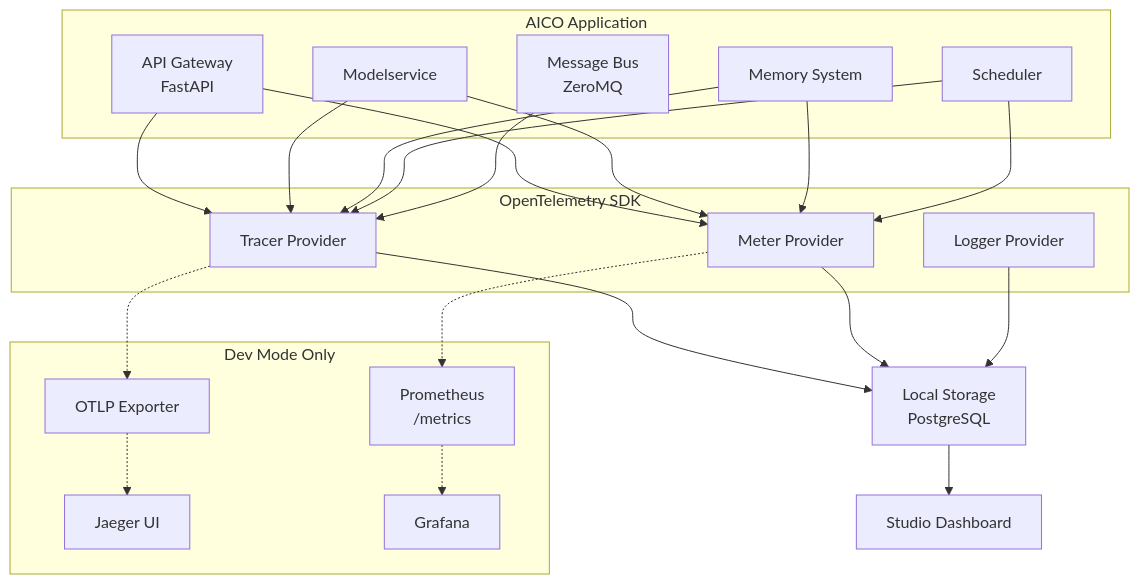
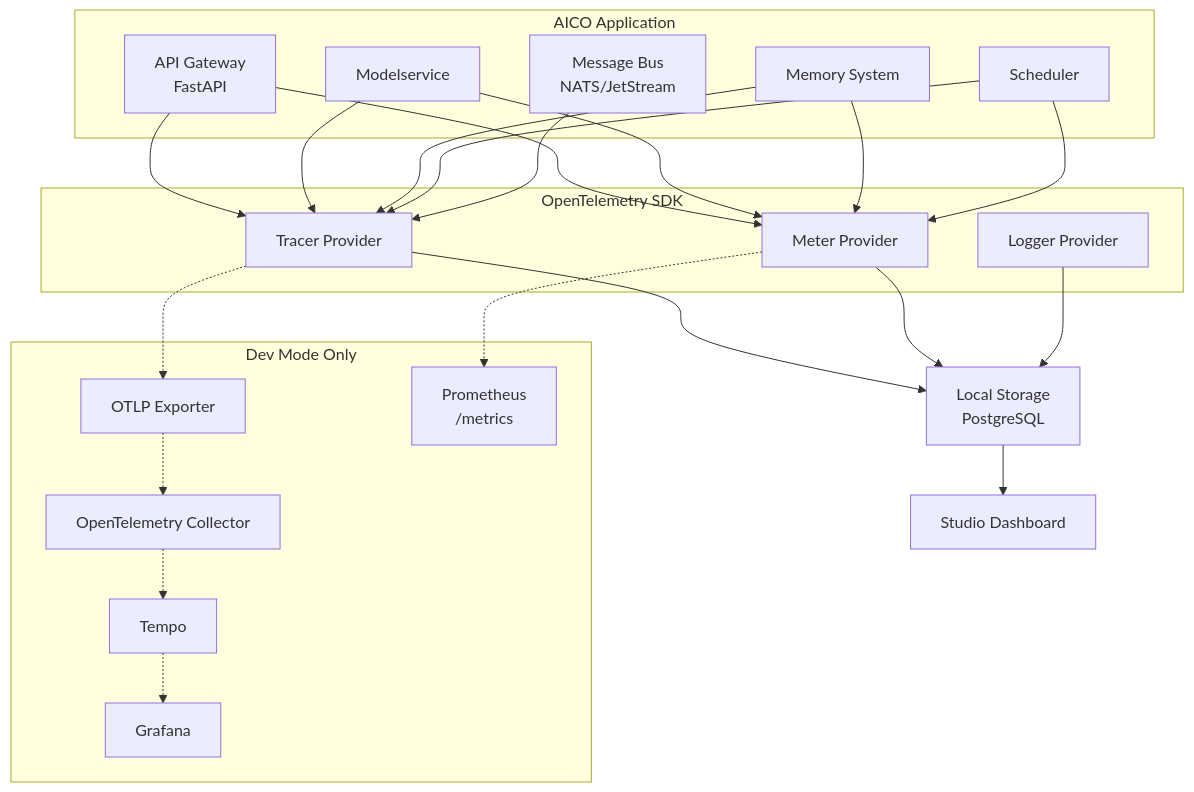
One commit to boeni-industries/aico changed the diagram in docs/operations/instrumentation/instrumentation.md. Above: the diagram before and after it, drawn with Mermaid. The commit also changed other lines of this file and 93 other files, not shown here.

First line of the commit message:
feat: migrate working memory and semantic storage from LMDB/ChromaDB to Postgres with pgvector and mark scheduler/observability tasks in architecture roadmap

````diff
--- a/docs/operations/instrumentation/instrumentation.md
+++ b/docs/operations/instrumentation/instrumentation.md
@@ -207,39 +250,40 @@
 ```mermaid
 graph TD;
   subgraph AICO Application
     API[API Gateway<br/>FastAPI]
     Model[Modelservice]
     Memory[Memory System]
     Scheduler[Scheduler]
-    Bus[Message Bus<br/>ZeroMQ]
+    Bus[Message Bus<br/>NATS/JetStream]
   end
   
   subgraph OpenTelemetry SDK
     Tracer[Tracer Provider]
     Meter[Meter Provider]
     Logger[Logger Provider]
   end
   
   API --> Tracer
   API --> Meter
   Model --> Tracer
   Model --> Meter
   Memory --> Tracer
   Memory --> Meter
   Scheduler --> Tracer
   Scheduler --> Meter
   Bus --> Tracer
   
   Tracer --> LocalStore[Local Storage<br/>PostgreSQL]
   Meter --> LocalStore
   Logger --> LocalStore
   
   LocalStore --> Studio[Studio Dashboard]
   
   subgraph Dev Mode Only
     Tracer -.-> OTLP[OTLP Exporter]
     Meter -.-> Prom[Prometheus<br/>/metrics]
-    OTLP -.-> Jaeger[Jaeger UI]
-    Prom -.-> Grafana[Grafana]
+    OTLP -.-> Collector[OpenTelemetry Collector]
+    Collector -.-> Tempo[Tempo]
+    Tempo -.-> Grafana[Grafana]
   end
 ```
````
